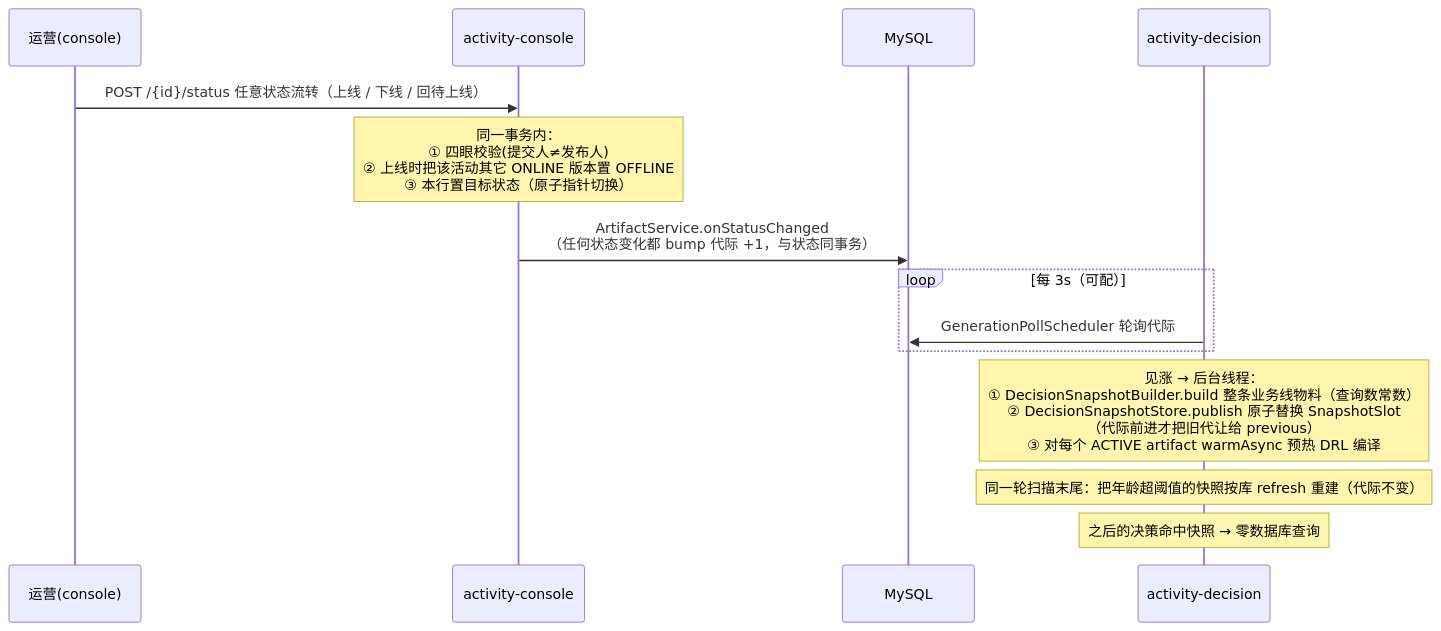
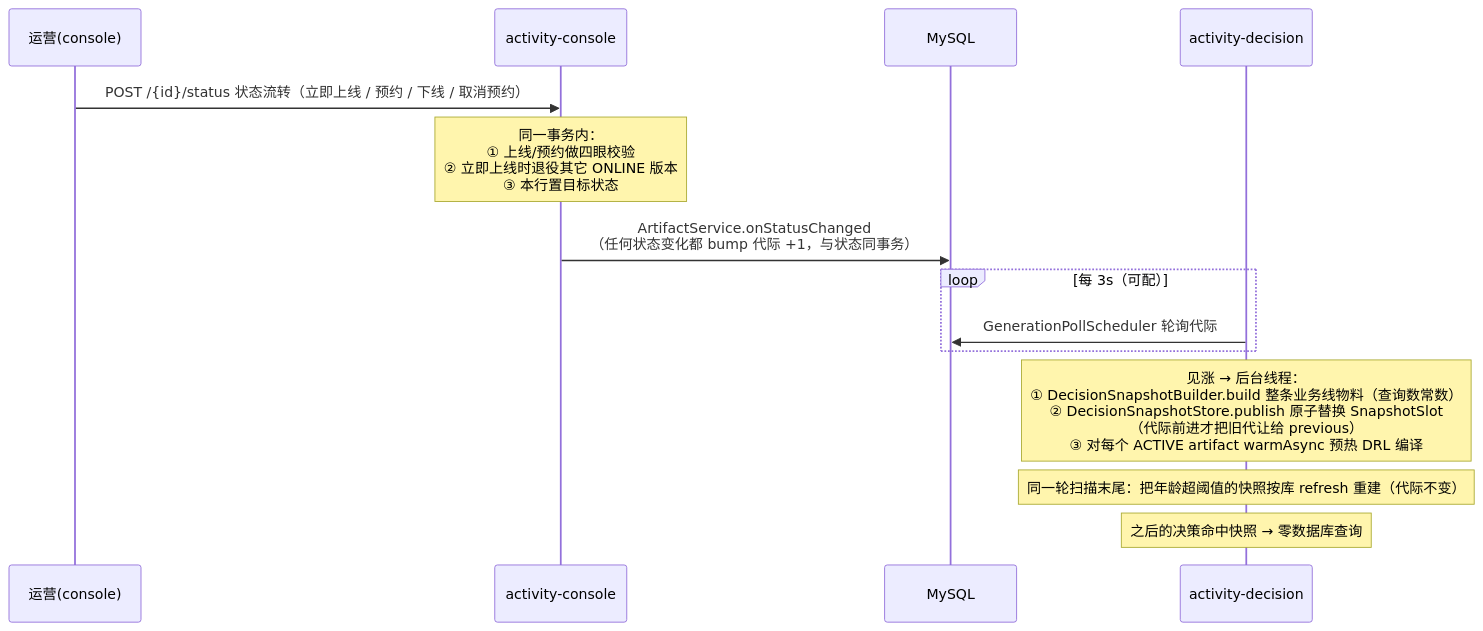
Before and after one commit to lirji/Drools_Project: the second of 2 diagrams in docs/architecture.md, drawn with Mermaid. The commit also changed other lines of this file and 221 other files, not shown here.

````diff
--- a/docs/architecture.md
+++ b/docs/architecture.md
@@ -348,16 +354,16 @@
 ```mermaid
 sequenceDiagram
     participant U as 运营(console)
     participant C as activity-console
     participant DB as MySQL
     participant D as activity-decision
-    U->>C: POST /{id}/status 任意状态流转（上线 / 下线 / 回待上线）
-    Note over C: 同一事务内：<br/>① 四眼校验(提交人≠发布人)<br/>② 上线时把该活动其它 ONLINE 版本置 OFFLINE<br/>③ 本行置目标状态（原子指针切换）
+    U->>C: POST /{id}/status 状态流转（立即上线 / 预约 / 下线 / 取消预约）
+    Note over C: 同一事务内：<br/>① 上线/预约做四眼校验<br/>② 立即上线时退役其它 ONLINE 版本<br/>③ 本行置目标状态
     C->>DB: ArtifactService.onStatusChanged<br/>（任何状态变化都 bump 代际 +1，与状态同事务）
     loop 每 3s（可配）
         D->>DB: GenerationPollScheduler 轮询代际
     end
     Note over D: 见涨 → 后台线程：<br/>① DecisionSnapshotBuilder.build 整条业务线物料（查询数常数）<br/>② DecisionSnapshotStore.publish 原子替换 SnapshotSlot<br/>（代际前进才把旧代让给 previous）<br/>③ 对每个 ACTIVE artifact warmAsync 预热 DRL 编译
     Note over D: 同一轮扫描末尾：把年龄超阈值的快照按库 refresh 重建（代际不变）
     Note over D: 之后的决策命中快照 → 零数据库查询
 ```
````
